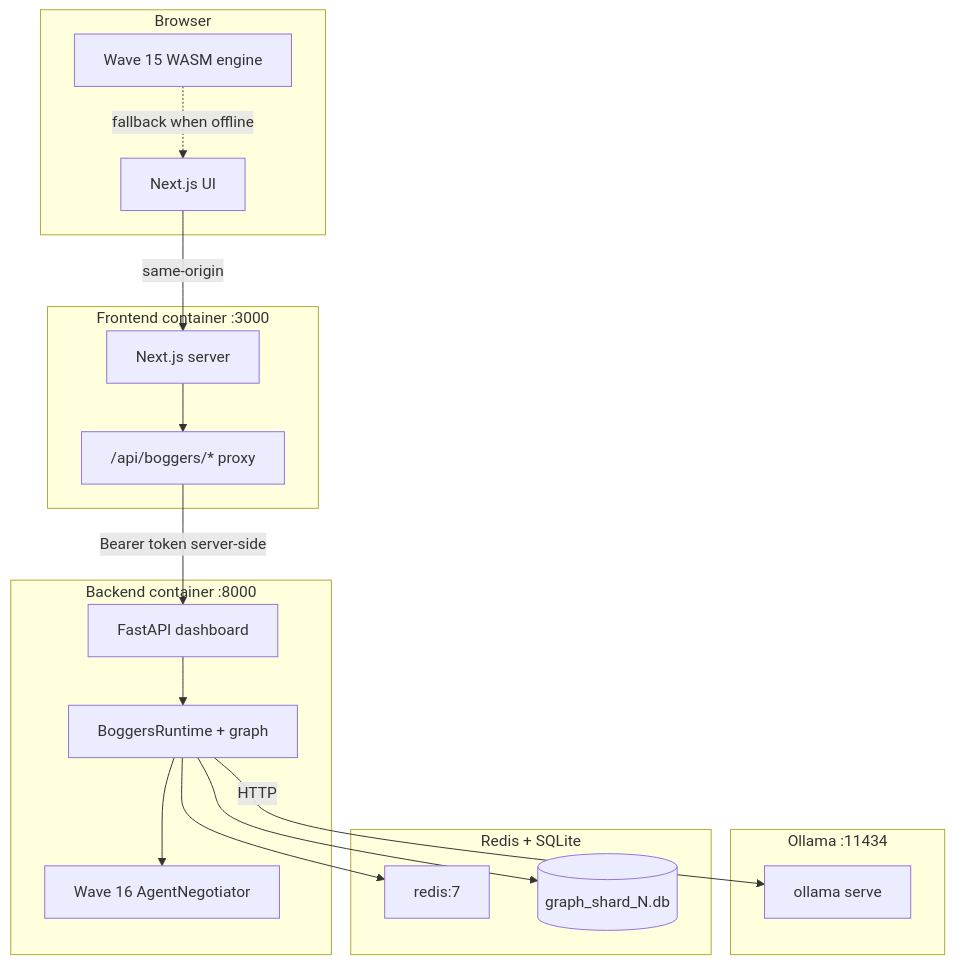
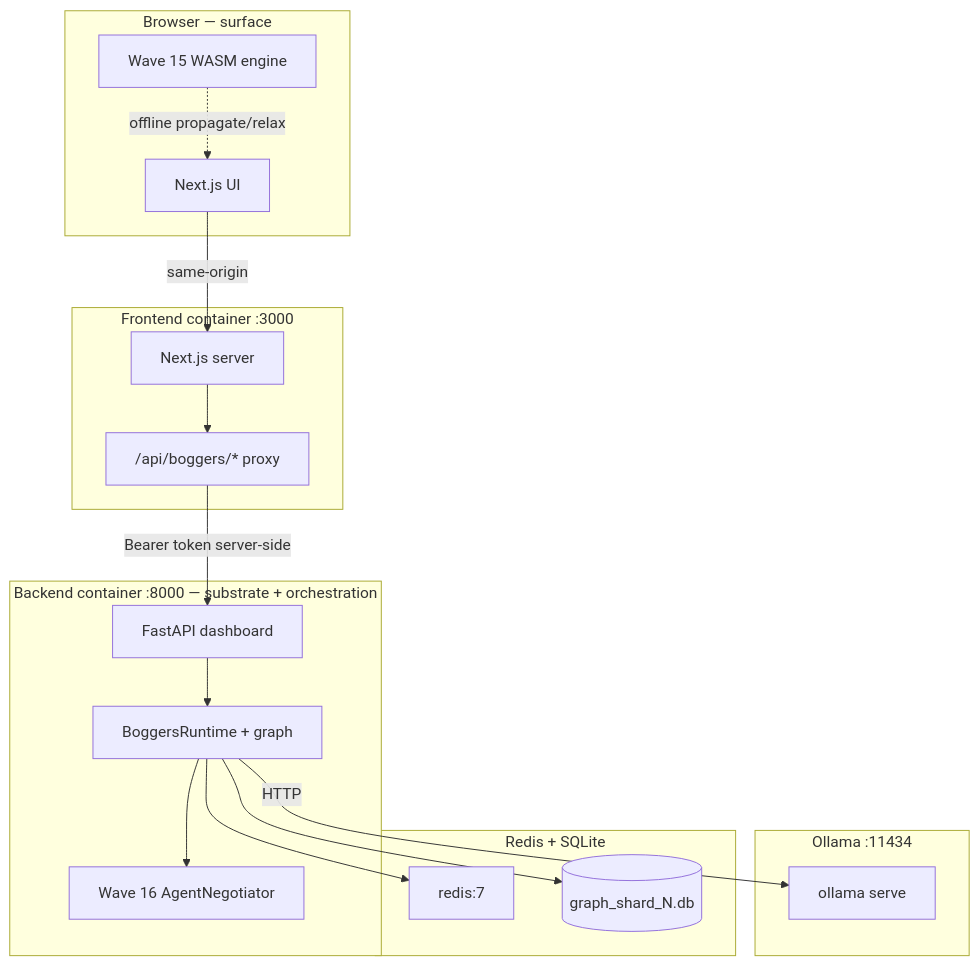
One commit to BoggersTheFish/BoggersTheAI-Dev changed the diagram in README.md. Above: the diagram before and after it, drawn with Mermaid. The commit also changed other lines of this file and 24 other files, not shown here.

First line of the commit message:
docs: TS execution model README; stream grounding, graph limits, UI overhaul

````diff
--- a/README.md
+++ b/README.md
@@ -41,37 +56,37 @@
 ```mermaid
 flowchart TB
-  subgraph browser [Browser]
+  subgraph browser [Browser — surface]
     UI[Next.js UI]
     WASM[Wave 15 WASM engine]
   end
 
   subgraph next [Frontend container :3000]
     NR[Next.js server]
     PH["/api/boggers/* proxy"]
   end
 
-  subgraph py [Backend container :8000]
+  subgraph py [Backend container :8000 — substrate + orchestration]
     API[FastAPI dashboard]
     RT[BoggersRuntime + graph]
     NEG[Wave 16 AgentNegotiator]
   end
 
   subgraph llm [Ollama :11434]
     OL[ollama serve]
   end
 
   subgraph data [Redis + SQLite]
     RD[redis:7]
     DB[(graph_shard_N.db)]
   end
 
   UI -->|same-origin| NR
   NR --> PH
   PH -->|Bearer token server-side| API
   API --> RT
   RT --> NEG
   RT --> RD
   RT --> DB
   RT -->|HTTP| OL
-  WASM -.->|fallback when offline| UI
+  WASM -.->|offline propagate/relax| UI
 ```
````
